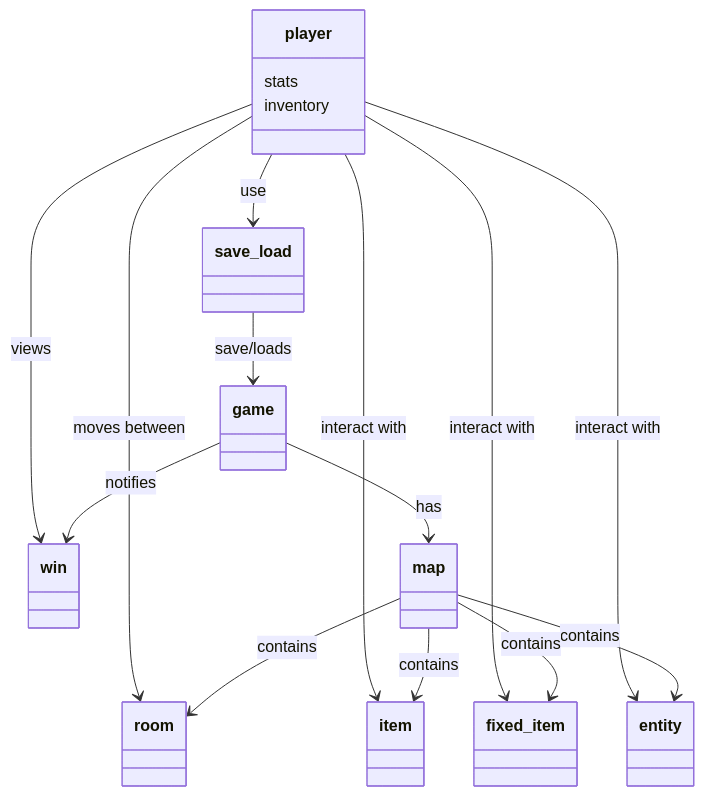
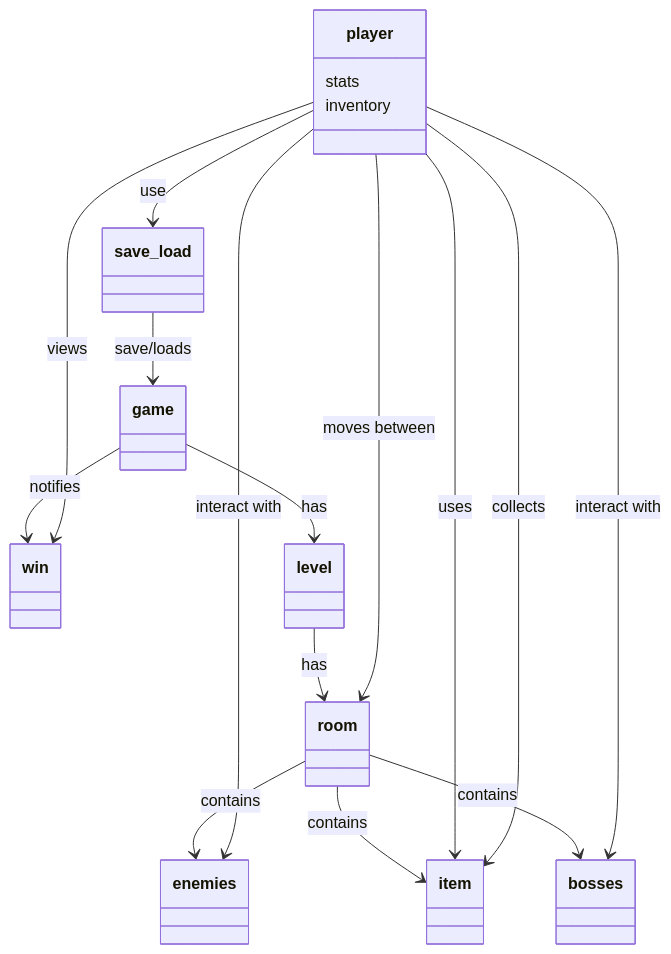
One commit to Rimaro03/docs-exam-slayer changed the diagram in docs/design/domain_model.md. Above: the diagram before and after it, drawn with Mermaid.

Commit message:
updated domain model

````diff
--- a/docs/design/domain_model.md
+++ b/docs/design/domain_model.md
@@ -3,21 +3,22 @@
 ``` mermaid
 classDiagram
     player --> room: moves between
-    player --> item: interact with
-    player --> fixed_item: interact with
-    player --> entity: interact with
+    player --> item: collects
+    player --> enemies: interact with
+    player --> bosses: interact with
     player --> save_load: use
     player --> win: views
+    player --> item: uses
     save_load --> game: save/loads
     game --> win: notifies
-    game --> map: has
-    map --> room: contains
-    map --> entity: contains
-    map --> item: contains
-    map --> fixed_item: contains
+    game --> level: has
+    level --> room: has
+    room --> enemies: contains
+    room --> bosses: contains
+    room --> item: contains
 
     class player {
         stats
         inventory
     }
 ```
````
